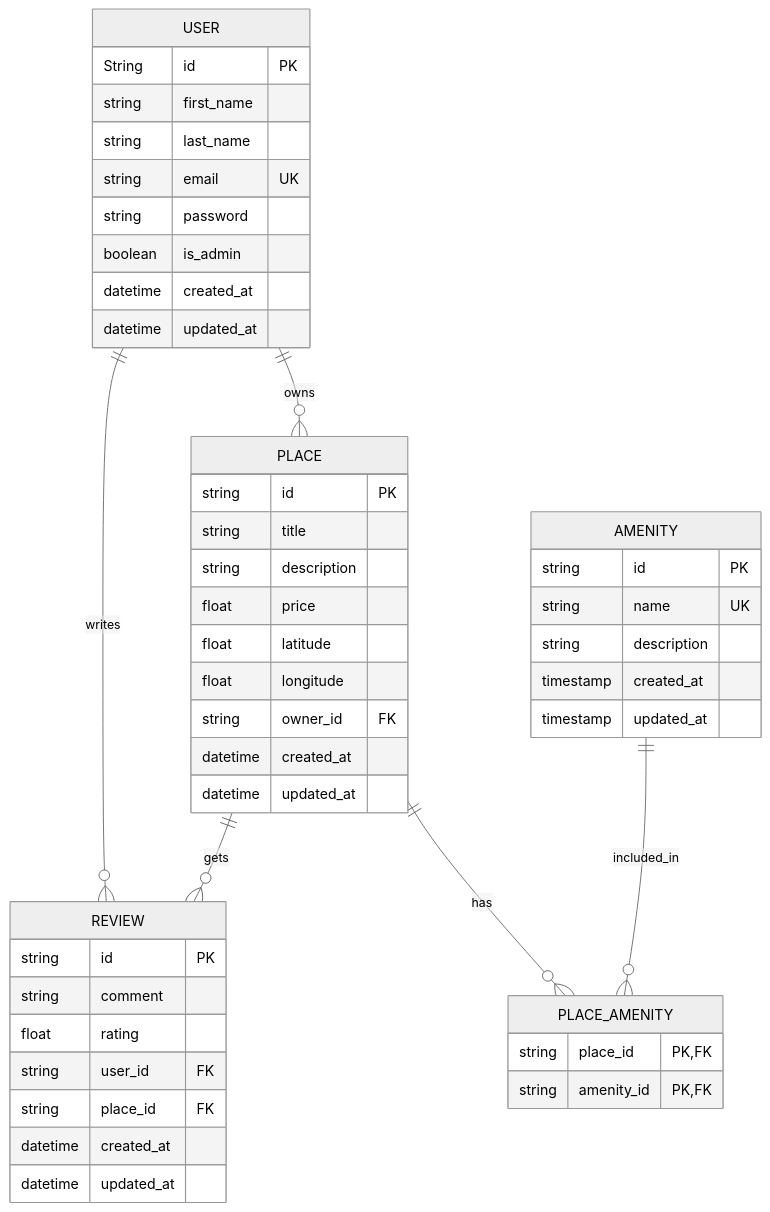
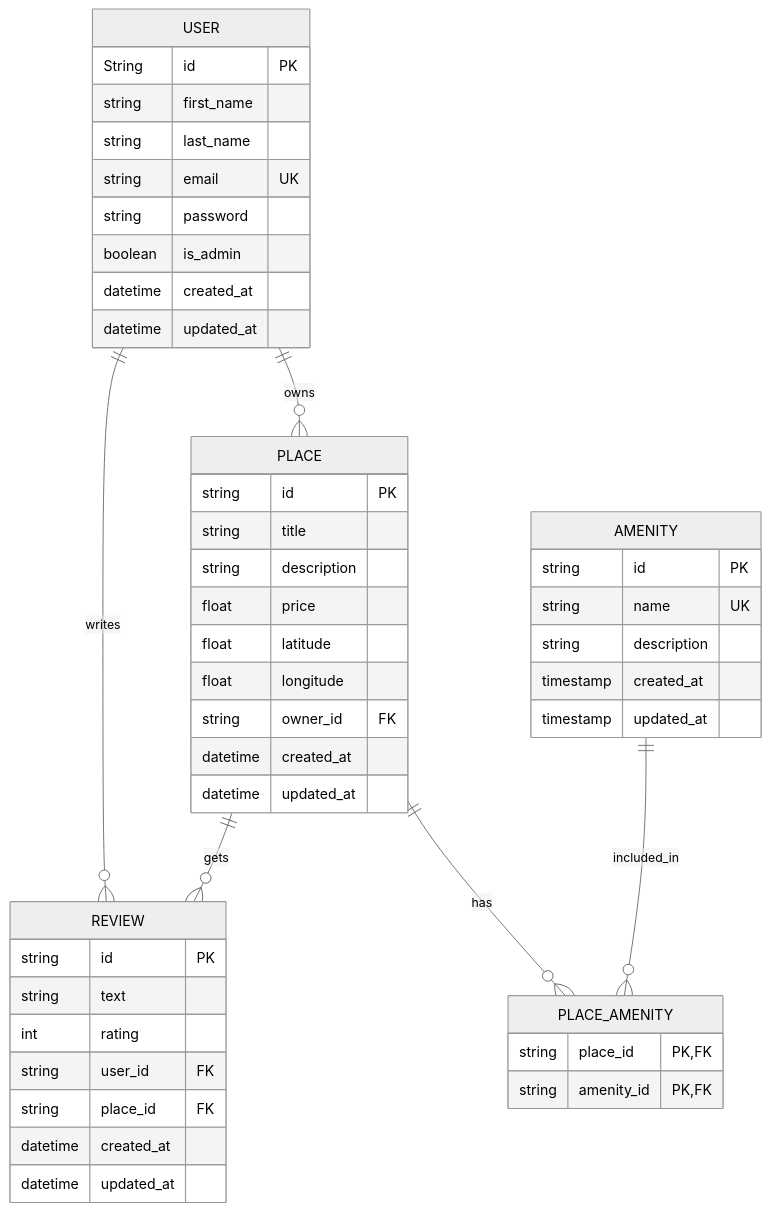
Before and after one commit to iEmanHamdan/holbertonschool-hbnb: the diagram in part3/ER_Diagram.md, drawn with Mermaid (neutral theme). The commit also changed 6 other files, not shown here.

````diff
--- a/part3/ER_Diagram.md
+++ b/part3/ER_Diagram.md
@@ -5,50 +5,50 @@
 ```mermaid
 erDiagram
   USER ||--o{ PLACE : owns
   USER ||--o{ REVIEW : writes
   PLACE ||--o{ REVIEW : gets
   PLACE ||--o{ PLACE_AMENITY : has
   AMENITY ||--o{ PLACE_AMENITY : included_in
 
   USER {
     String id PK
     string first_name
     string last_name
     string email UK
     string password
     boolean is_admin
     datetime created_at
     datetime updated_at
   }
   PLACE {
     string id PK
     string title
     string description
     float price
     float latitude
     float longitude
     string owner_id FK
     datetime created_at
     datetime updated_at
   }
   REVIEW {
     string id PK
-    string comment
-    float rating
+    string text
+    int rating
     string user_id FK
     string place_id FK
     datetime created_at
     datetime updated_at
   }
   AMENITY {
     string id PK
     string name UK
     string description
     timestamp created_at
     timestamp updated_at
   }
   PLACE_AMENITY {
     string place_id PK,FK
     string amenity_id PK,FK
   }
 ```
````
